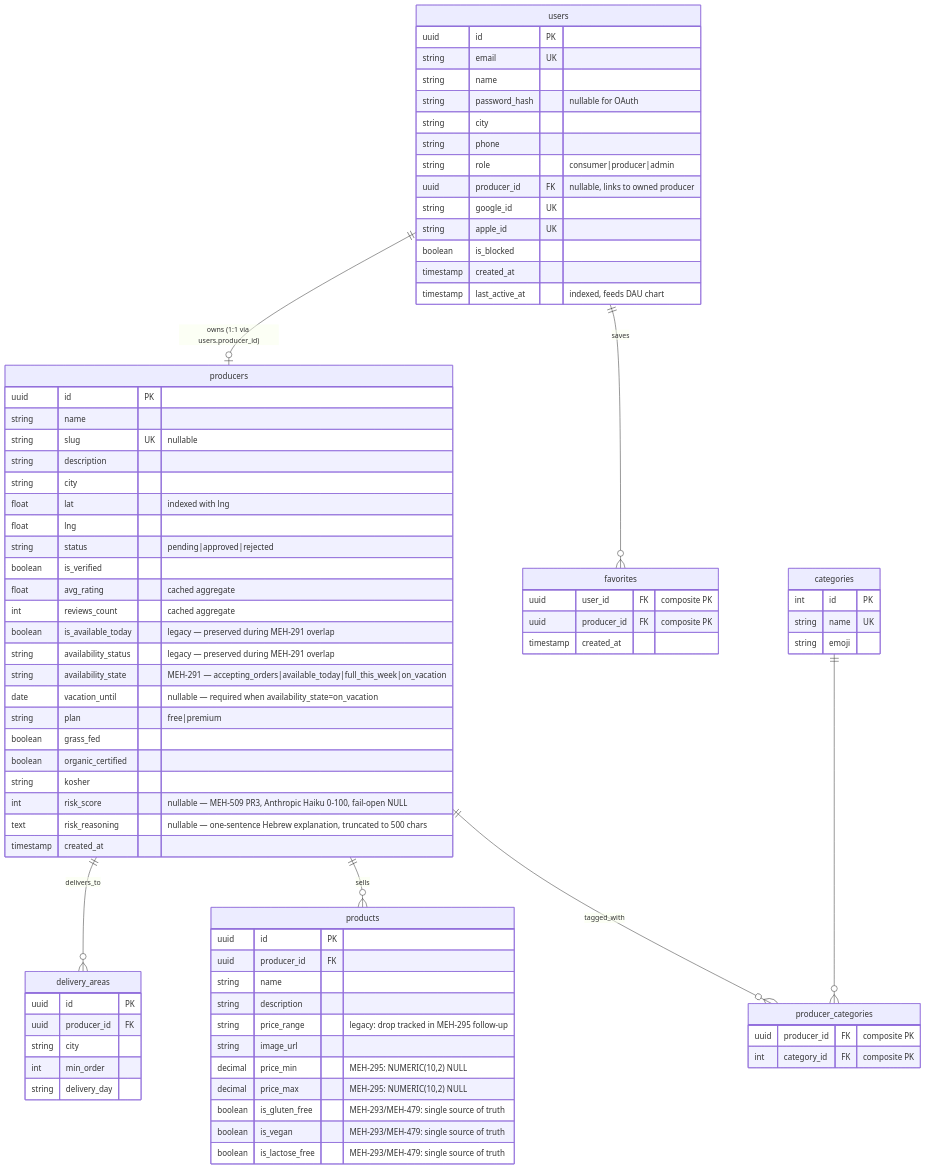
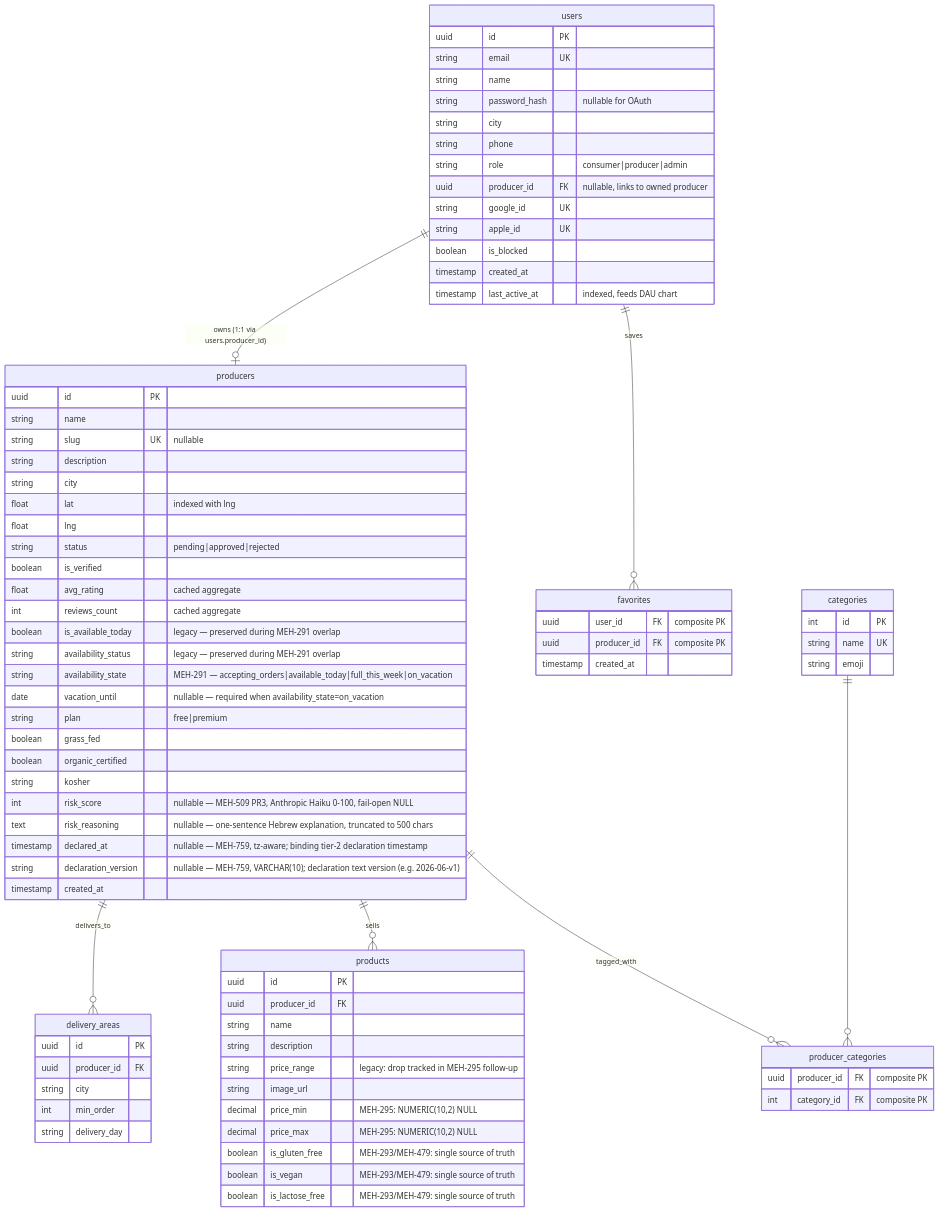
Before and after one commit to levismadar80-ship-it/FoodMamkor: the first of 4 diagrams in .ai/diagrams/db-schema.md, drawn with Mermaid. The commit also changed 16 other files, not shown here.

```diff
--- a/.ai/diagrams/db-schema.md
+++ b/.ai/diagrams/db-schema.md
@@ -59,6 +59,8 @@
         string kosher
         int risk_score "nullable — MEH-509 PR3, Anthropic Haiku 0-100, fail-open NULL"
         text risk_reasoning "nullable — one-sentence Hebrew explanation, truncated to 500 chars"
+        timestamp declared_at "nullable — MEH-759, tz-aware; binding tier-2 declaration timestamp"
+        string declaration_version "nullable — MEH-759, VARCHAR(10); declaration text version (e.g. 2026-06-v1)"
         timestamp created_at
     }
 
```
